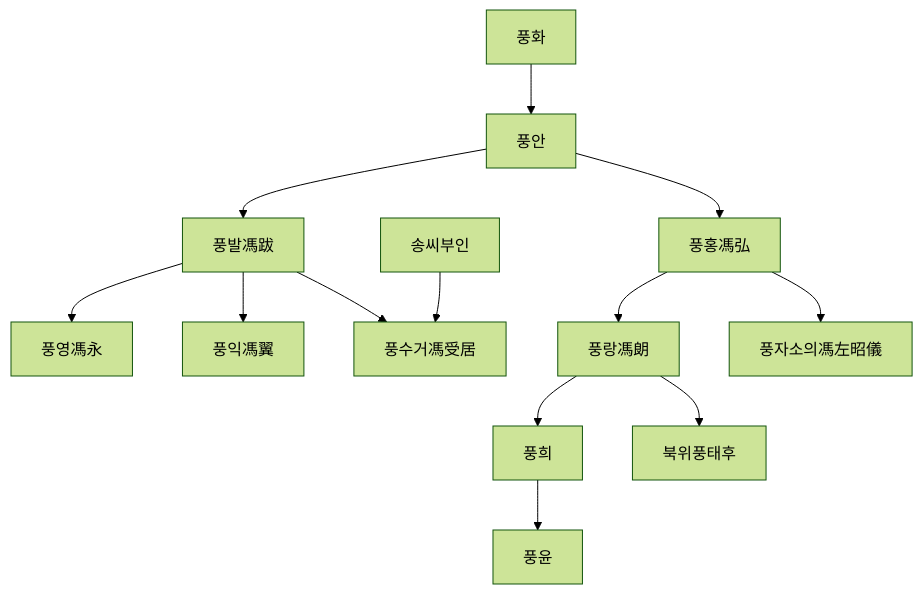
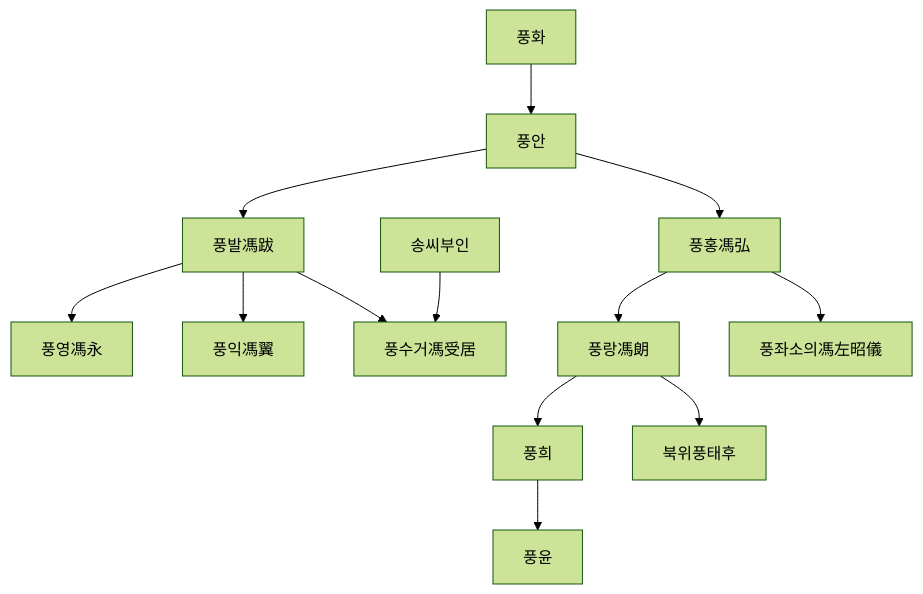
Before and after one commit to daewonyoon/historigram: the diagram in 중국사/pungbal.md, drawn with Mermaid (forest theme).

Commit message:
풍씨

````diff
--- a/중국사/pungbal.md
+++ b/중국사/pungbal.md
@@ -1,30 +1,30 @@
 ```mermaid
 
 graph TD
 
    
    풍발[풍발馮跋]
    풍영[풍영馮永]
    풍익[풍익馮翼]
    풍수거[풍수거馮受居]
    풍홍[풍홍馮弘]
    풍랑[풍랑馮朗]
    풍희
-   풍좌소의[풍자소의馮左昭儀]
+   풍좌소의[풍좌소의馮左昭儀]
    북위풍태후
    송씨부인
 
    풍화 --> 풍안 --> 풍발
    풍안 --> 풍홍
    풍발 --> 풍영
    풍발 --> 풍익
    풍발 --> 풍수거
    송씨부인 --> 풍수거
    
    풍홍 --> 풍랑 --> 북위풍태후
    풍홍 --> 풍좌소의
    풍랑 --> 풍희 --> 풍윤
 
 
 
 ```
````
